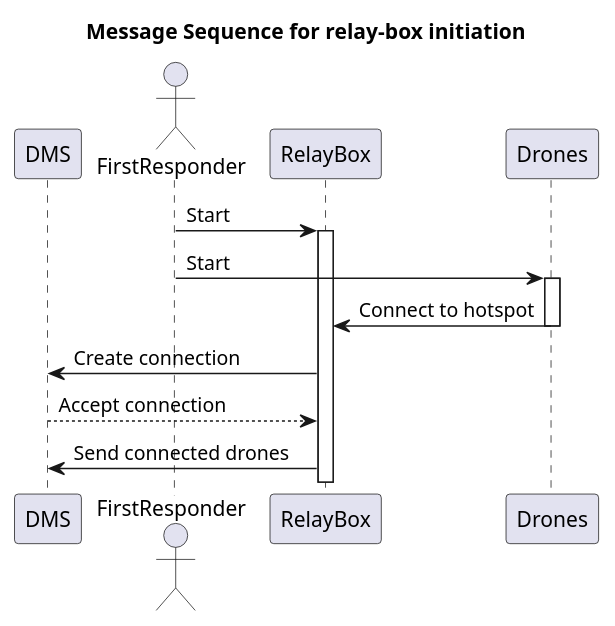
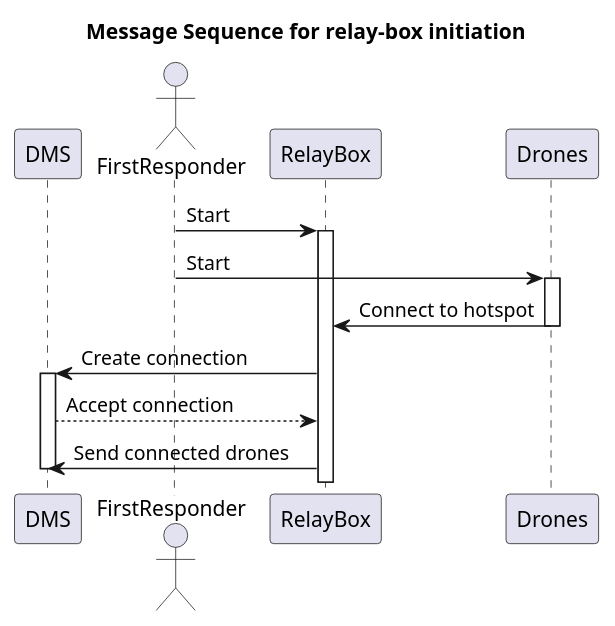
One commit to CE-CF/P2-B214 changed the diagram in hive/relayBox/README.ORG. Above: the diagram before and after it, drawn with PlantUML. The commit also changed other lines of this file and 1 other file, not shown here.

Commit message:
README test
testing message sequence diagram in README

```diff
--- a/hive/relayBox/README.ORG
+++ b/hive/relayBox/README.ORG
@@ -4,20 +4,22 @@
 #+begin_src plantuml :file Sequence.png
 title Message Sequence for relay-box initiation
 skinparam backgroundColor #FFFFFF
 
 participant DMS
 actor FirstResponder
 participant RelayBox
 participant Drones
 
 FirstResponder->RelayBox: Start
 activate RelayBox
 FirstResponder->Drones: Start
                 activate Drones
                         Drones->RelayBox: Connect to hotspot
                 deactivate Drones
+                
                 RelayBox->DMS: Create connection
+                activate DMS
                         DMS-->RelayBox: Accept connection
                         RelayBox->DMS: Send connected drones
         deactivate DMS
 #+end_src
```
